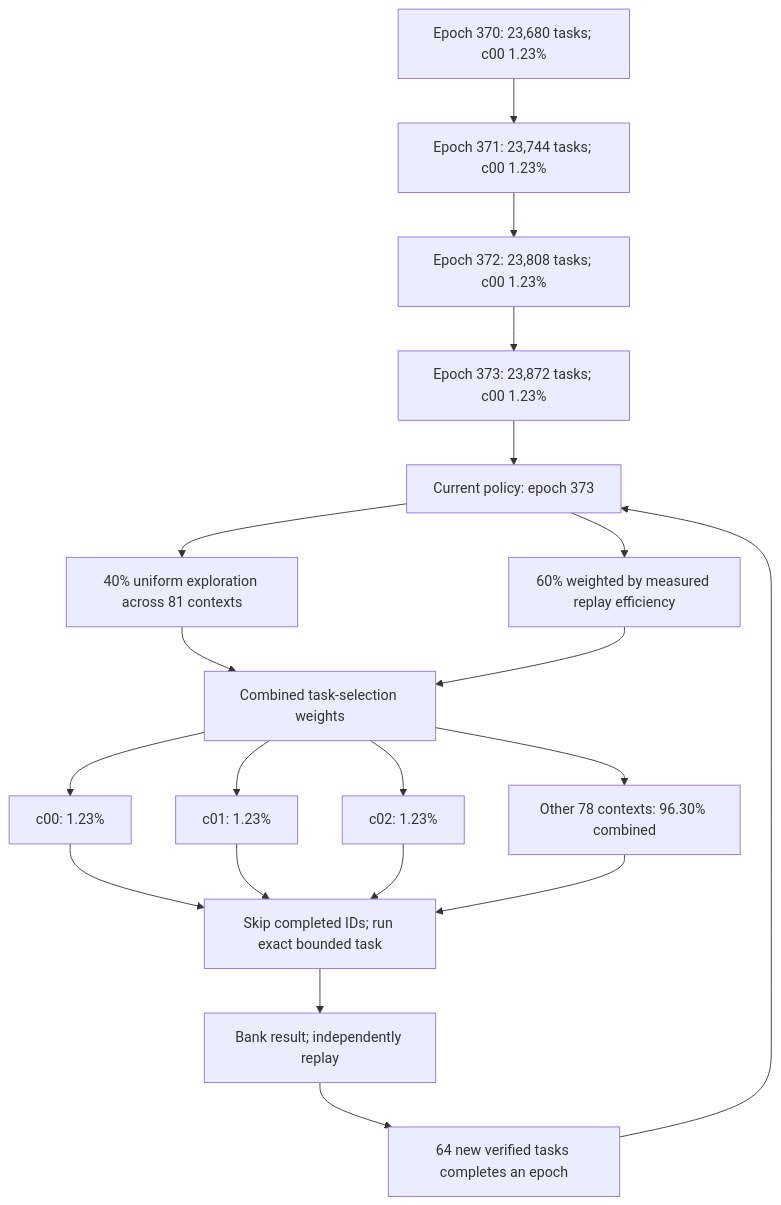
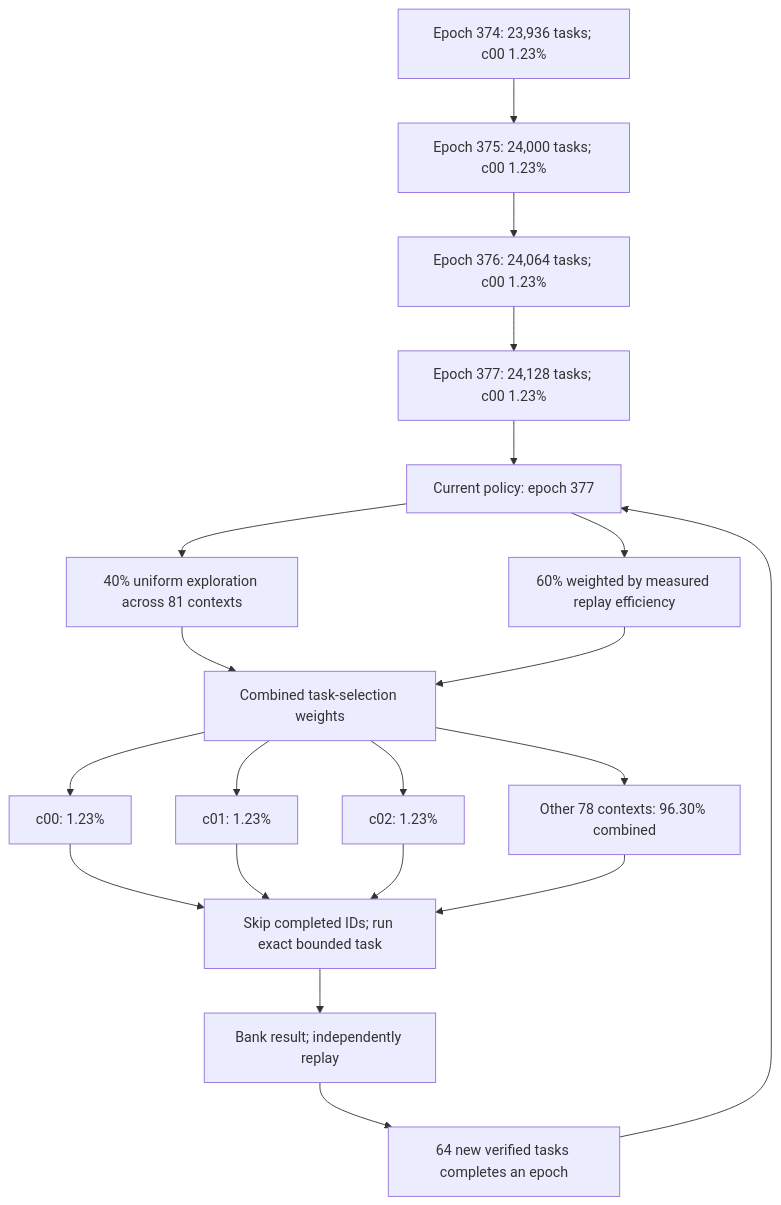
Before and after one commit to Kuberwastaken/math-gambling: the first of 2 diagrams in README.md, drawn with Mermaid. The commit also changed other lines of this file and 597 other files, not shown here.

````diff
--- a/README.md
+++ b/README.md
@@ -49,27 +49,27 @@
 ```mermaid
 flowchart TD
-    H0["Epoch 370: 23,680 tasks; c00 1.23%"]
-    H1["Epoch 371: 23,744 tasks; c00 1.23%"]
+    H0["Epoch 374: 23,936 tasks; c00 1.23%"]
+    H1["Epoch 375: 24,000 tasks; c00 1.23%"]
     H0 --> H1
-    H2["Epoch 372: 23,808 tasks; c00 1.23%"]
+    H2["Epoch 376: 24,064 tasks; c00 1.23%"]
     H1 --> H2
-    H3["Epoch 373: 23,872 tasks; c00 1.23%"]
+    H3["Epoch 377: 24,128 tasks; c00 1.23%"]
     H2 --> H3
-    Policy["Current policy: epoch 373"]
+    Policy["Current policy: epoch 377"]
     H3 --> Policy
     Policy --> Explore["40% uniform exploration across 81 contexts"]
     Policy --> Cost["60% weighted by measured replay efficiency"]
     Explore --> Mix["Combined task-selection weights"]
     Cost --> Mix
     Mix --> C0["c00: 1.23%"]
     Mix --> C1["c01: 1.23%"]
     Mix --> C2["c02: 1.23%"]
     Mix --> Rest["Other 78 contexts: 96.30% combined"]
     C0 --> Check["Skip completed IDs; run exact bounded task"]
     C1 --> Check
     C2 --> Check
     Rest --> Check
     Check --> Replay["Bank result; independently replay"]
     Replay --> Gate["64 new verified tasks completes an epoch"]
     Gate --> Policy
 ```
````
